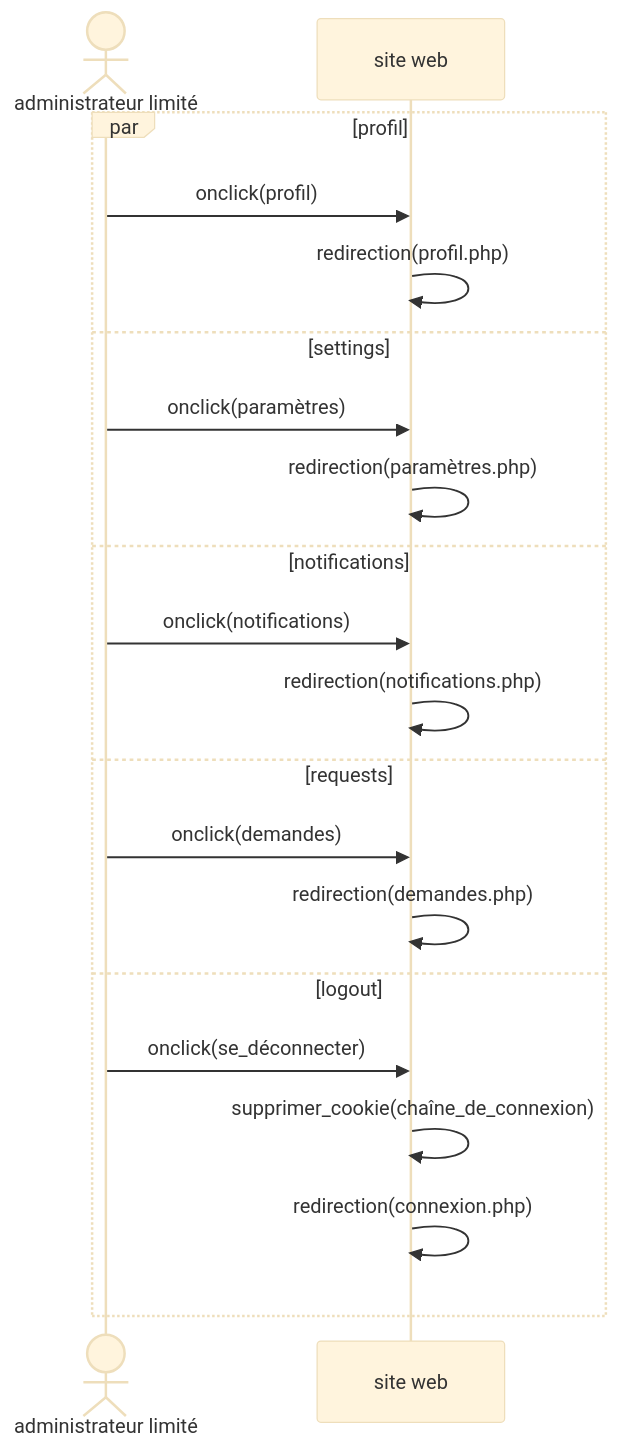
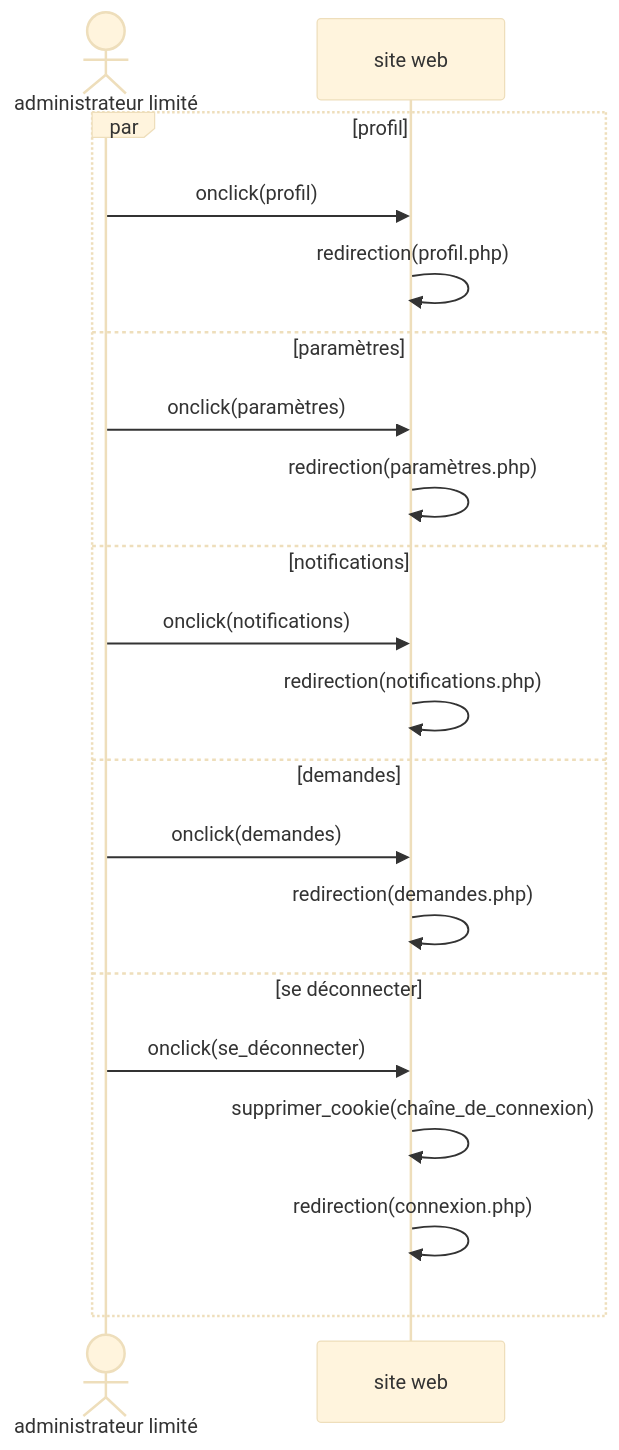
Before and after one commit to idlli/E-Campus: the second of 2 diagrams in uml/administrateur limité/tableau-de-bord.md, drawn with Mermaid (base theme).

````diff
--- a/uml/administrateur limité/tableau-de-bord.md
+++ b/uml/administrateur limité/tableau-de-bord.md
@@ -7,22 +7,22 @@
 ```mermaid
 sequenceDiagram
     actor administrateur_l as administrateur limité
     participant site as site web
     par profil
         administrateur_l ->> site : onclick(profil)
         site ->> site : redirection(profil.php)
-    and settings
+    and paramètres
         administrateur_l ->> site : onclick(paramètres)
         site ->> site : redirection(paramètres.php)
     and notifications
         administrateur_l ->> site : onclick(notifications)
         site ->> site : redirection(notifications.php)
-    and requests
+    and demandes
         administrateur_l ->> site : onclick(demandes)
         site ->> site : redirection(demandes.php)
-    and logout
+    and se déconnecter
         administrateur_l ->> site : onclick(se_déconnecter)
         site ->> site : supprimer_cookie(chaîne_de_connexion)
         site ->> site : redirection(connexion.php)
     end
 ```
````
